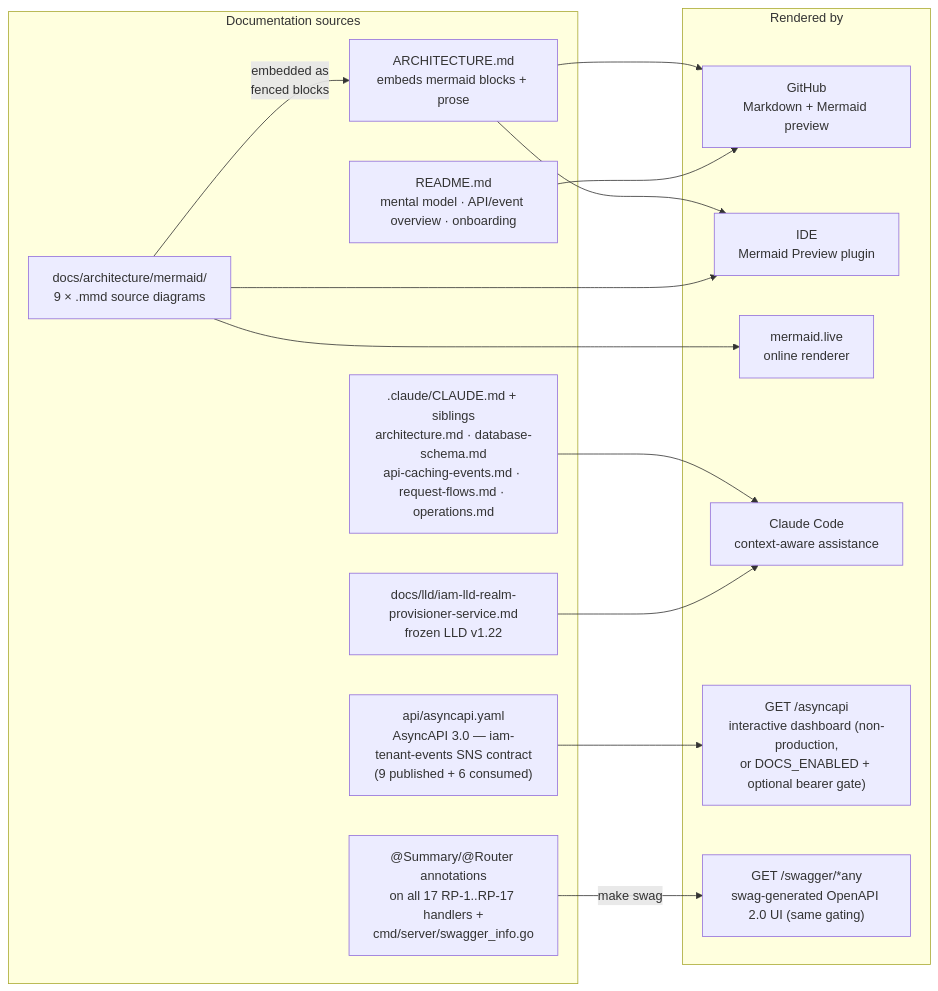
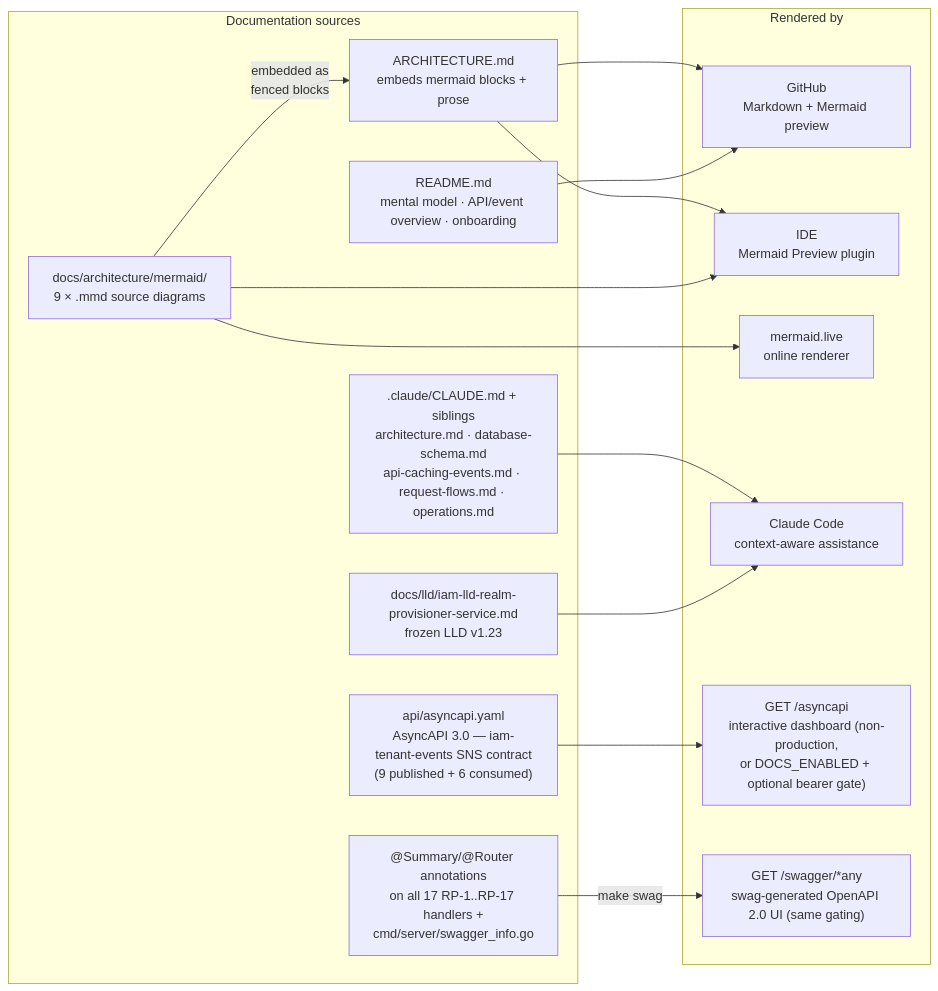
One commit to BCBP-SOLUTIONS-FZC-LLC/iam-realm-provisioner changed the tenth of 10 diagrams in ARCHITECTURE.md. Above: the diagram before and after it, drawn with Mermaid. The commit also changed other lines of this file and 54 other files, not shown here.

````diff
--- a/ARCHITECTURE.md
+++ b/ARCHITECTURE.md
@@ -1065,30 +1065,30 @@
 ```mermaid
 graph LR
     subgraph sources["Documentation sources"]
         mmd["docs/architecture/mermaid/\n9 × .mmd source diagrams"]
         arch["ARCHITECTURE.md\nembeds mermaid blocks + prose"]
         claude[".claude/CLAUDE.md + siblings\narchitecture.md · database-schema.md\napi-caching-events.md · request-flows.md · operations.md"]
         readme["README.md\nmental model · API/event overview · onboarding"]
         asyncapi_yaml["api/asyncapi.yaml\nAsyncAPI 3.0 — iam-tenant-events SNS contract\n(9 published + 6 consumed)"]
         swag_annot["@Summary/@Router annotations\non all 17 RP-1..RP-17 handlers +\ncmd/server/swagger_info.go"]
-        lld["docs/lld/iam-lld-realm-provisioner-service.md\nfrozen LLD v1.22"]
+        lld["docs/lld/iam-lld-realm-provisioner-service.md\nfrozen LLD v1.23"]
     end
 
     subgraph rendered["Rendered by"]
         github["GitHub\nMarkdown + Mermaid preview"]
         ide["IDE\nMermaid Preview plugin"]
         live["mermaid.live\nonline renderer"]
         claude_ai["Claude Code\ncontext-aware assistance"]
         asyncapi_viewer["GET /asyncapi\ninteractive dashboard (non-production,\nor DOCS_ENABLED + optional bearer gate)"]
         swagger_ui["GET /swagger/*any\nswag-generated OpenAPI 2.0 UI (same gating)"]
     end
 
     mmd  -->|"embedded as\nfenced blocks"| arch
     arch --> github & ide
     mmd  --> live & ide
     claude --> claude_ai
     readme --> github
     lld --> claude_ai
     asyncapi_yaml --> asyncapi_viewer
     swag_annot -->|"make swag"| swagger_ui
 ```
````
